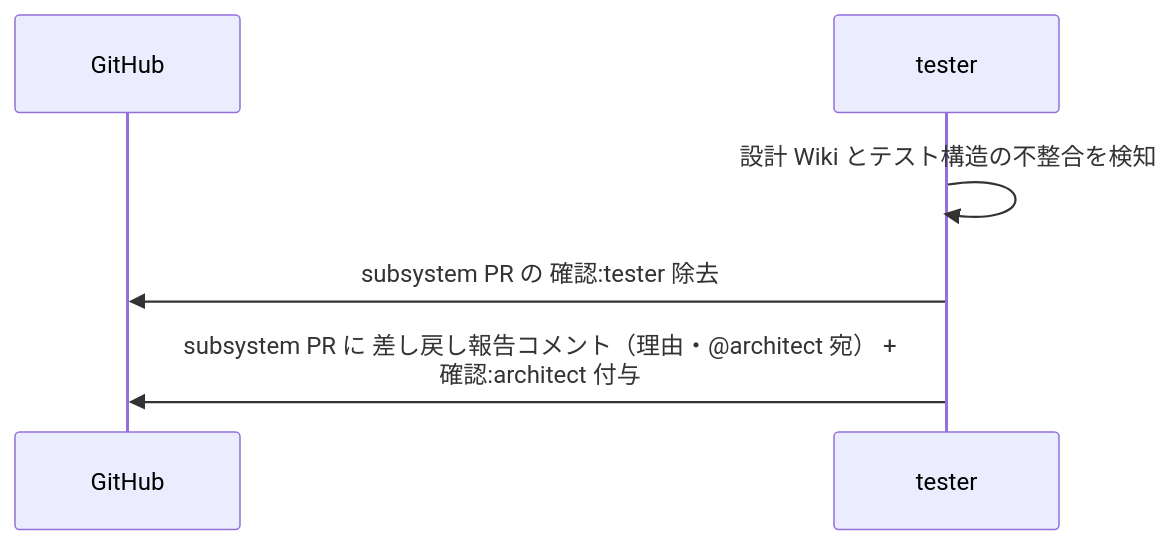
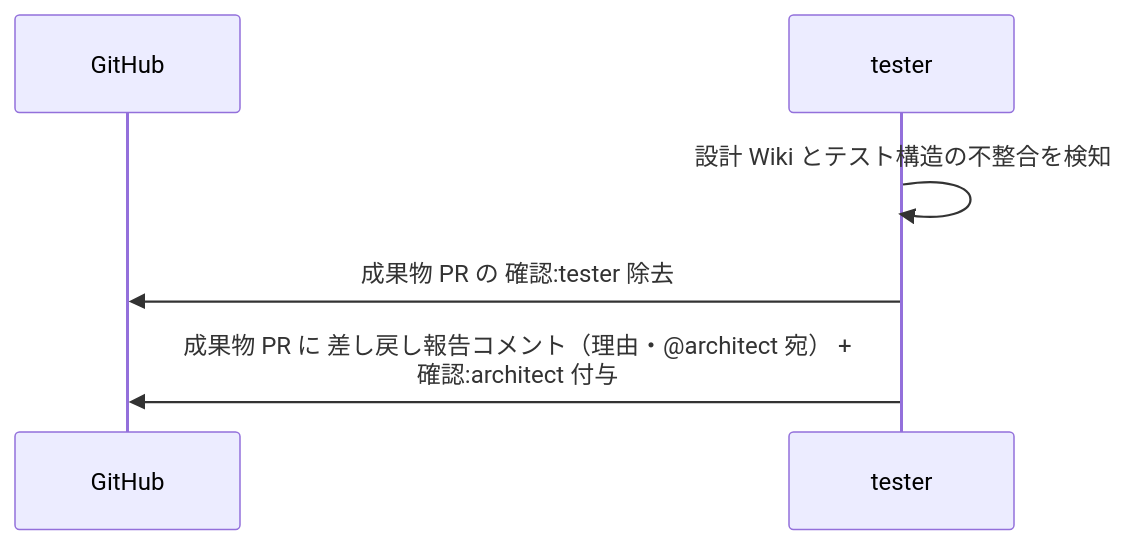
The third of 3 diagrams in docs/wiki/設計図/シナリオ/単一ユースケース/テスト作成.md (shuhei1101/ai-monitor), drawn with Mermaid before and after one commit. The commit also changed other lines of this file and 256 other files, not shown here.

````diff
--- a/docs/wiki/設計図/シナリオ/単一ユースケース/テスト作成.md
+++ b/docs/wiki/設計図/シナリオ/単一ユースケース/テスト作成.md
@@ -123,9 +125,9 @@
 ```mermaid
 sequenceDiagram
   participant GH as GitHub
   participant MON as tester
 
   MON->>MON: 設計 Wiki とテスト構造の不整合を検知
-  MON->>GH: subsystem PR の 確認:tester 除去
-  MON->>GH: subsystem PR に 差し戻し報告コメント（理由・@architect 宛） +<br>確認:architect 付与
+  MON->>GH: 成果物 PR の 確認:tester 除去
+  MON->>GH: 成果物 PR に 差し戻し報告コメント（理由・@architect 宛） +<br>確認:architect 付与
 ```
````
